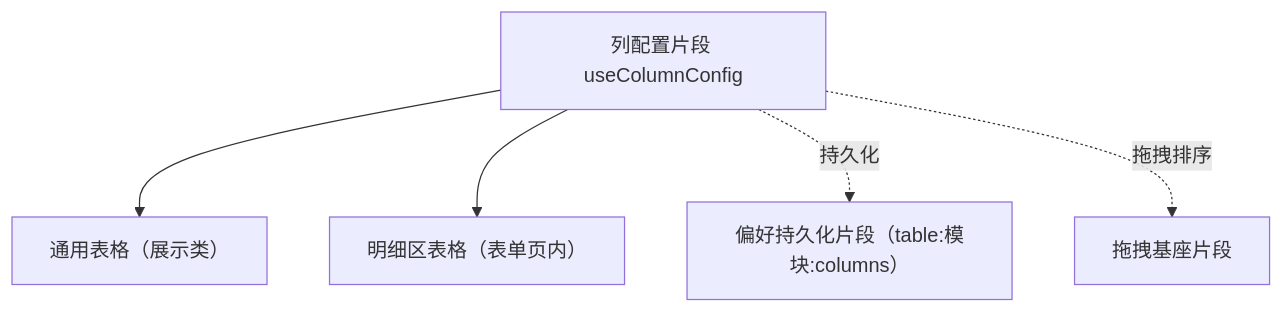
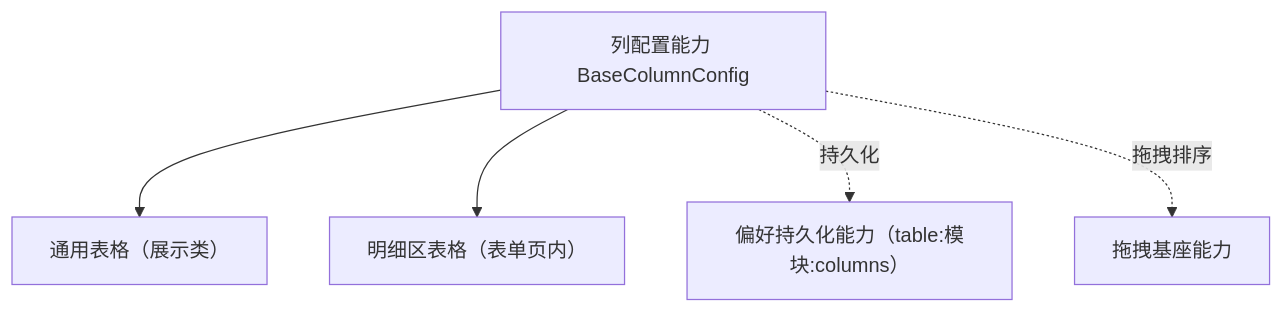
The diagram in bms文档/设计/组件设计/02_基础组件类/02_能力片段/28_组件设计_列配置片段/28_组件设计_列配置片段.md (minjian123/basic-management-system), drawn with Mermaid before and after one commit. The commit also changed other lines of this file and 49 other files, not shown here.

````diff
--- a/bms文档/设计/组件设计/02_基础组件类/02_能力片段/28_组件设计_列配置片段/28_组件设计_列配置片段.md
+++ b/bms文档/设计/组件设计/02_基础组件类/02_能力片段/28_组件设计_列配置片段/28_组件设计_列配置片段.md
@@ -15,7 +15,7 @@
 ```mermaid
 flowchart TD
-    CC["列配置片段 useColumnConfig"] --> T["通用表格（展示类）"]
+    CC["列配置能力 BaseColumnConfig"] --> T["通用表格（展示类）"]
     CC --> D["明细区表格（表单页内）"]
-    CC -. 持久化 .-> P["偏好持久化片段（table:模块:columns）"]
-    CC -. 拖拽排序 .-> DD["拖拽基座片段"]
+    CC -. 持久化 .-> P["偏好持久化能力（table:模块:columns）"]
+    CC -. 拖拽排序 .-> DD["拖拽基座能力"]
 ```
````
